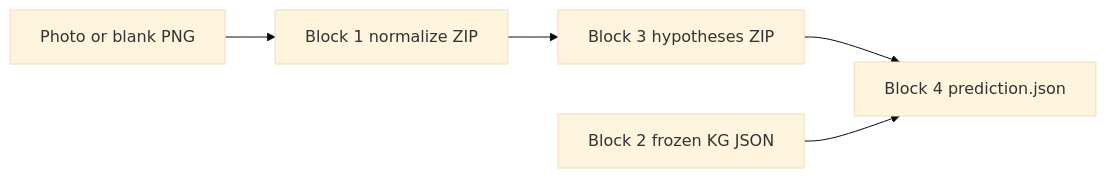
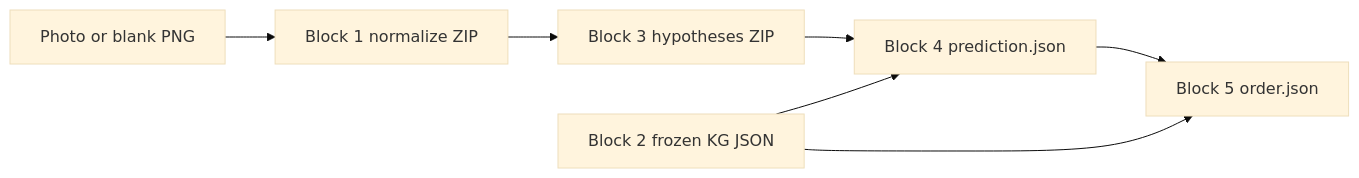
One commit to RwaRwa599/epq3 changed the diagram in docs/blocks/README.md. Above: the diagram before and after it, drawn with Mermaid (base theme). The commit also changed other lines of this file and 13 other files, not shown here.

First line of the commit message:
feat: Block 5 review-and-commit plus LIS order

````diff
--- a/docs/blocks/README.md
+++ b/docs/blocks/README.md
@@ -25,10 +27,12 @@
 ```mermaid
 flowchart LR
   photo[Photo or blank PNG]
   b1[Block 1 normalize ZIP]
   kg[Block 2 frozen KG JSON]
   b3[Block 3 hypotheses ZIP]
   b4[Block 4 prediction.json]
-  photo --> b1 --> b3 --> b4
+  b5[Block 5 order.json]
+  photo --> b1 --> b3 --> b4 --> b5
   kg --> b4
+  kg --> b5
 ```
````
